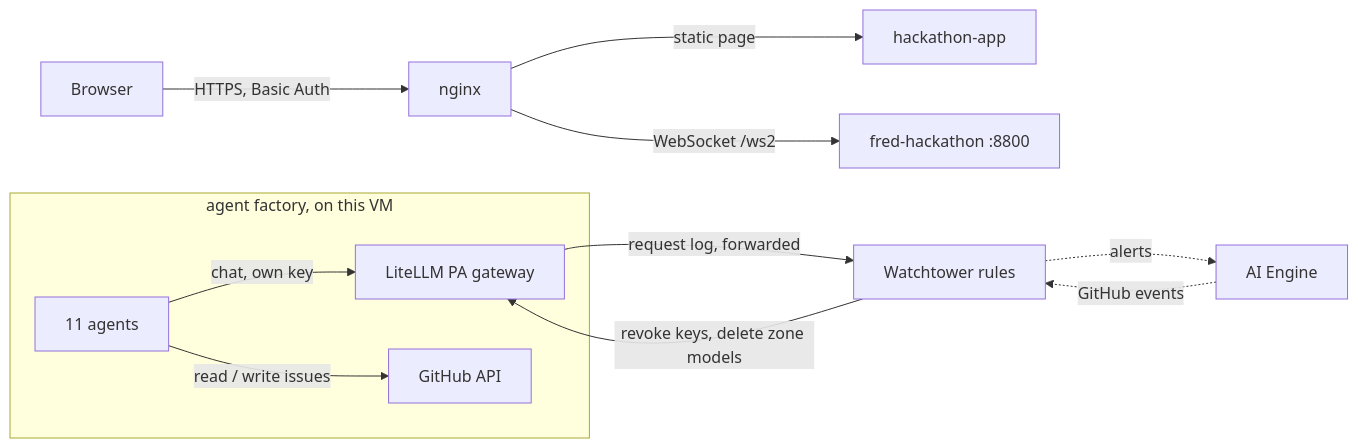
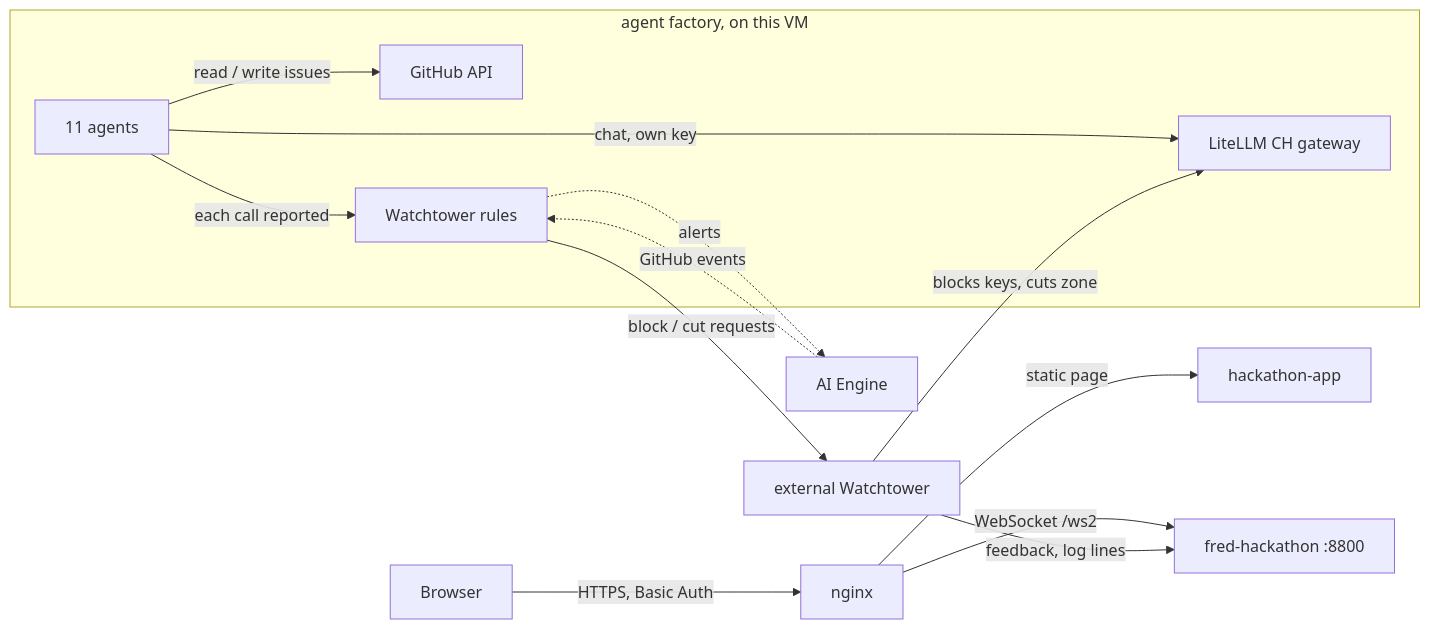
One commit to equinix-svc/svc-app-watchtower changed the diagram in README.md. Above: the diagram before and after it, drawn with Mermaid. The commit also changed other lines of this file and 9 other files, not shown here.

First line of the commit message:
feat: agents call the CH gateway directly; Watchtower decides, an external system blocks

````diff
--- a/README.md
+++ b/README.md
@@ -94,14 +96,16 @@
 ```mermaid
 flowchart LR
   B[Browser] -->|HTTPS, Basic Auth| N[nginx]
   N -->|static page| F[hackathon-app]
   N -->|WebSocket /ws2| S[fred-hackathon :8800]
   subgraph FACTORY[agent factory, on this VM]
-    A[11 agents] -->|chat, own key| L[LiteLLM PA gateway]
+    A[11 agents] -->|chat, own key| L[LiteLLM CH gateway]
     A -->|read / write issues| GH[GitHub API]
+    A -->|each call reported| W[Watchtower rules]
   end
-  L -->|request log, forwarded| W[Watchtower rules]
   AE[AI Engine] -.->|GitHub events| W
-  W -->|revoke keys, delete zone models| L
   W -.->|alerts| AE
+  W -->|block / cut requests| X[external Watchtower]
+  X -->|blocks keys, cuts zone| L
+  X -->|feedback, log lines| S
 ```
````
